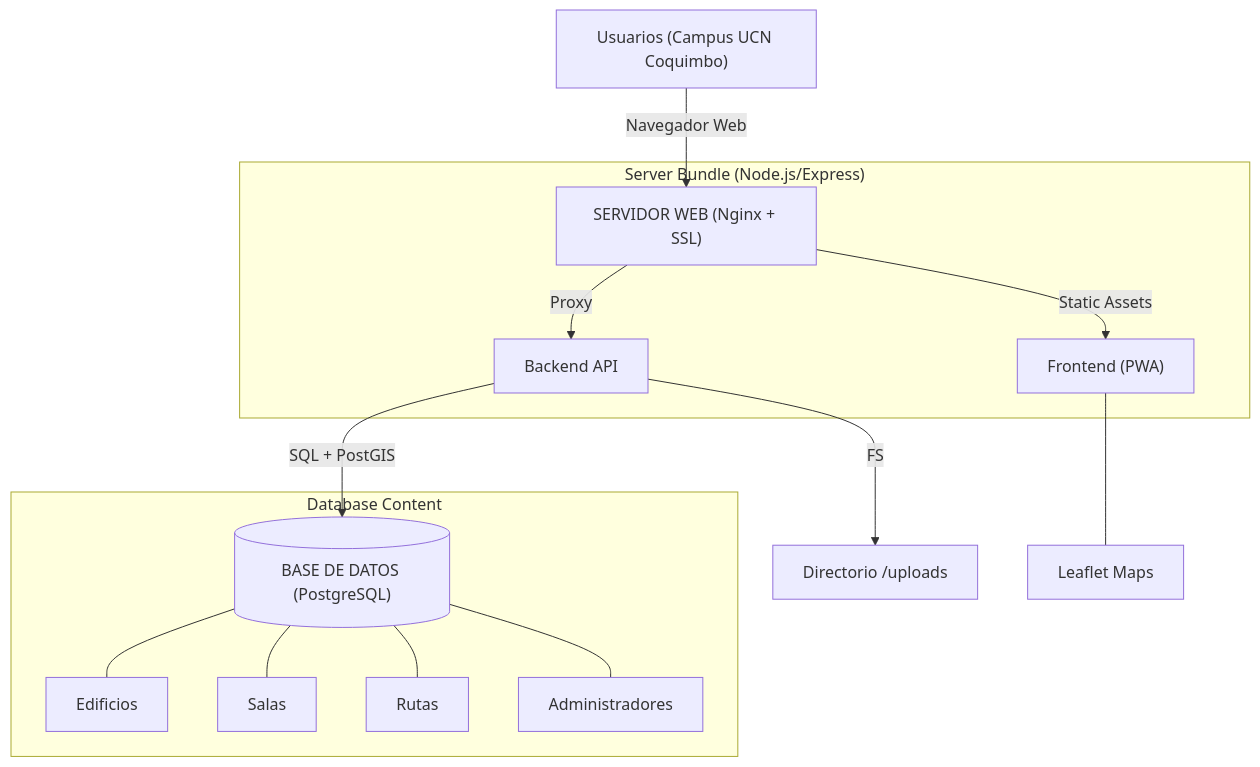
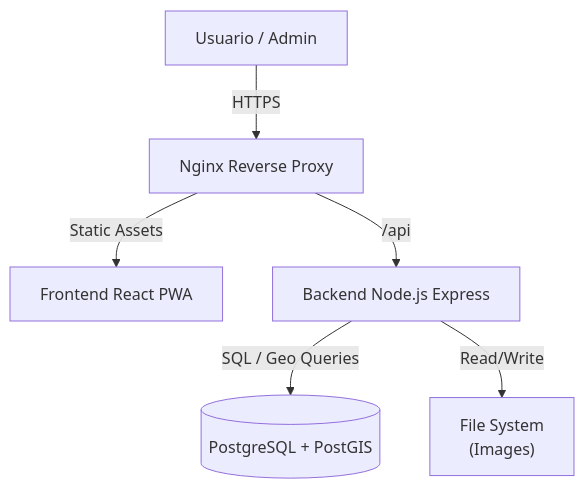
Before and after one commit to esteban-escudero/InteractiveMapUCN: the first of 4 diagrams in README.md, drawn with Mermaid. The commit also changed other lines of this file and 1 other file, not shown here.

Commit message:
docs: Update route type descriptions and remove rapid, emergency, and vehicular routes, while adding comprehensive sections on the tech stack, architecture, database, navigation, and security.

```diff
--- a/README.md
+++ b/README.md
@@ -83,18 +86,8 @@
 ::: mermaid
 graph TD
-    User["Usuarios (Campus UCN Coquimbo)"] -->|Navegador Web| Nginx["SERVIDOR WEB (Nginx + SSL)"]
-    subgraph "Server Bundle (Node.js/Express)"
-        Nginx -->|Proxy| API["Backend API"]
-        Nginx -->|Static Assets| Frontend["Frontend (PWA)"]
-    end
-    API -->|SQL + PostGIS| DB[("BASE DE DATOS (PostgreSQL)")]
-    API -->|FS| Uploads["Directorio /uploads"]
-    Frontend --- Leaflet["Leaflet Maps"]
-    
-    subgraph "Database Content"
-        DB --- B[Edificios]
-        DB --- S[Salas]
-        DB --- R[Rutas]
-        DB --- U[Administradores]
-    end
+    User["Usuario / Admin"] -->|HTTPS| Nginx["Nginx Reverse Proxy"]
+    Nginx -->|Static Assets| Frontend["Frontend React PWA"]
+    Nginx -->|/api| Backend["Backend Node.js Express"]
+    Backend -->|SQL / Geo Queries| DB[("PostgreSQL + PostGIS")]
+    Backend -->|Read/Write| FS["File System<br/>(Images)"]
 :::
```
